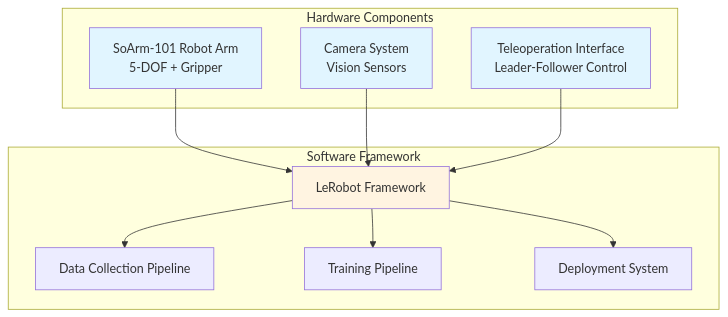
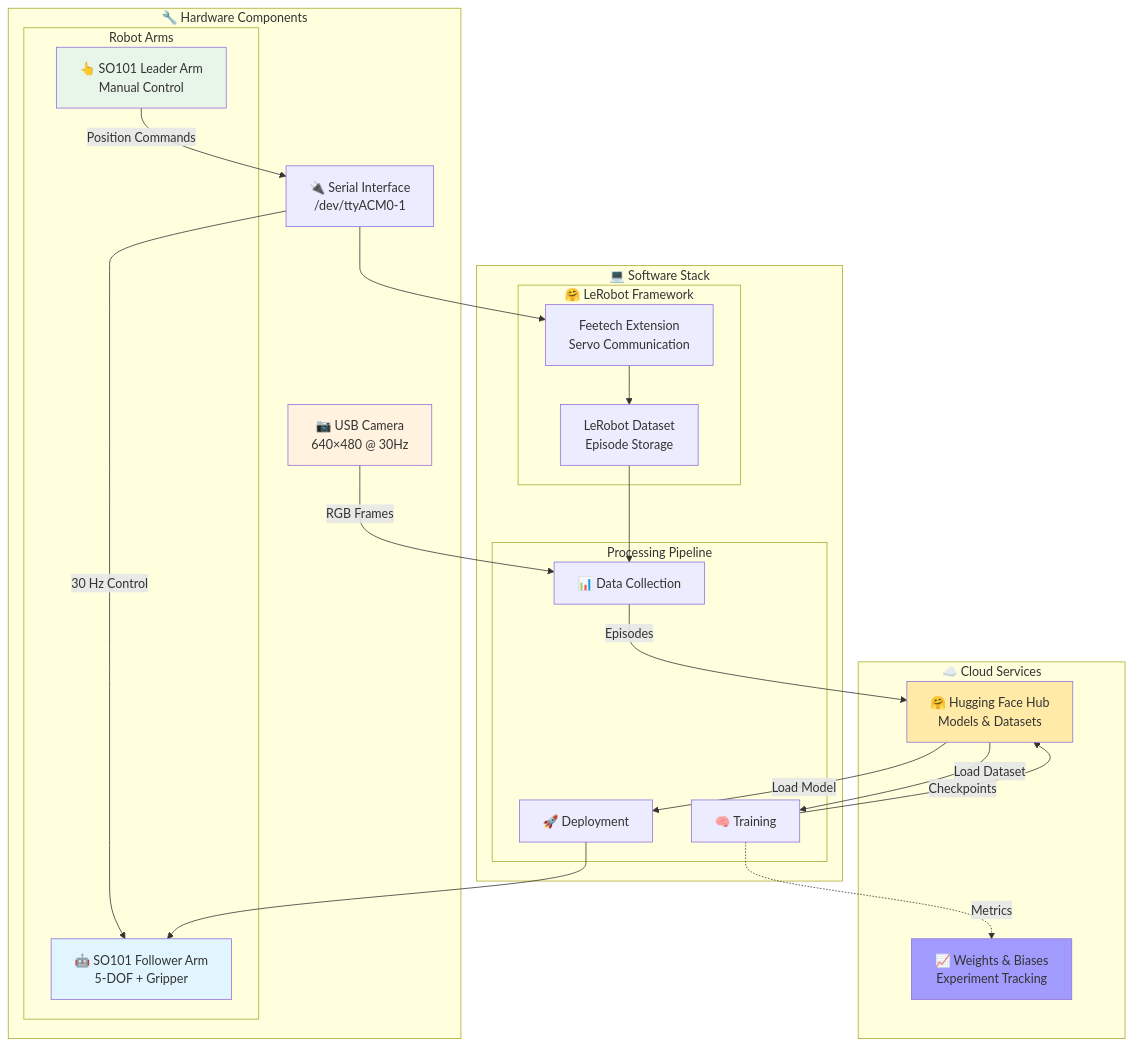
Before and after one commit to nu-jliu/nu-jliu.github.io: the first of 12 diagrams in _posts/2025-12-18-allen-vla.md, drawn with Mermaid. The commit also changed other lines of this file, not shown here.

````diff
--- a/_posts/2025-12-18-allen-vla.md
+++ b/_posts/2025-12-18-allen-vla.md
@@ -38,27 +38,47 @@
 ```mermaid
 graph TB
-    subgraph Hardware["Hardware Components"]
-        ARM[SoArm-101 Robot Arm<br/>5-DOF + Gripper]
-        CAM[Camera System<br/>Vision Sensors]
-        CTRL[Teleoperation Interface<br/>Leader-Follower Control]
+    subgraph Hardware["🔧 Hardware Components"]
+        subgraph RobotArms["Robot Arms"]
+            LEADER["👆 SO101 Leader Arm<br/>Manual Control"]
+            FOLLOWER["🤖 SO101 Follower Arm<br/>5-DOF + Gripper"]
+        end
+        CAM["📷 USB Camera<br/>640×480 @ 30Hz"]
+        SERIAL["🔌 Serial Interface<br/>/dev/ttyACM0-1"]
     end
 
-    subgraph Software["Software Framework"]
-        LR[LeRobot Framework]
-        DC[Data Collection Pipeline]
-        TR[Training Pipeline]
-        DP[Deployment System]
+    subgraph Software["💻 Software Stack"]
+        subgraph LeRobot["🤗 LeRobot Framework"]
+            FEETECH["Feetech Extension<br/>Servo Communication"]
+            DATASET["LeRobot Dataset<br/>Episode Storage"]
+        end
+        subgraph Pipeline["Processing Pipeline"]
+            DC["📊 Data Collection"]
+            TR["🧠 Training"]
+            DP["🚀 Deployment"]
+        end
     end
 
-    ARM --> LR
-    CAM --> LR
-    CTRL --> LR
-    LR --> DC
-    LR --> TR
-    LR --> DP
+    subgraph Cloud["☁️ Cloud Services"]
+        HF["🤗 Hugging Face Hub<br/>Models & Datasets"]
+        WANDB["📈 Weights & Biases<br/>Experiment Tracking"]
+    end
 
-    style ARM fill:#e1f5ff
-    style CAM fill:#e1f5ff
-    style CTRL fill:#e1f5ff
-    style LR fill:#fff4e1
+    LEADER -->|Position Commands| SERIAL
+    SERIAL -->|30 Hz Control| FOLLOWER
+    SERIAL --> FEETECH
+    CAM -->|RGB Frames| DC
+    FEETECH --> DATASET
+    DATASET --> DC
+    DC -->|Episodes| HF
+    HF -->|Load Dataset| TR
+    TR -->|Checkpoints| HF
+    TR -.->|Metrics| WANDB
+    HF -->|Load Model| DP
+    DP --> FOLLOWER
+
+    style LEADER fill:#e8f5e9
+    style FOLLOWER fill:#e1f5ff
+    style CAM fill:#fff3e0
+    style HF fill:#ffeaa7
+    style WANDB fill:#a29bfe
 ```
````
